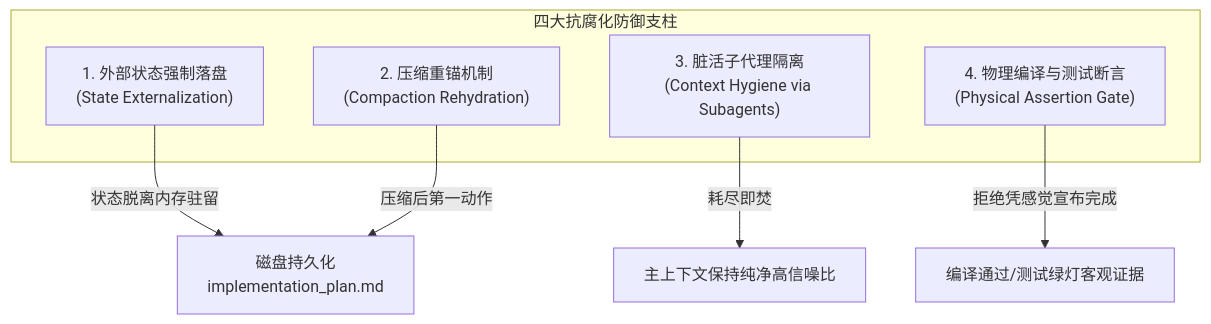
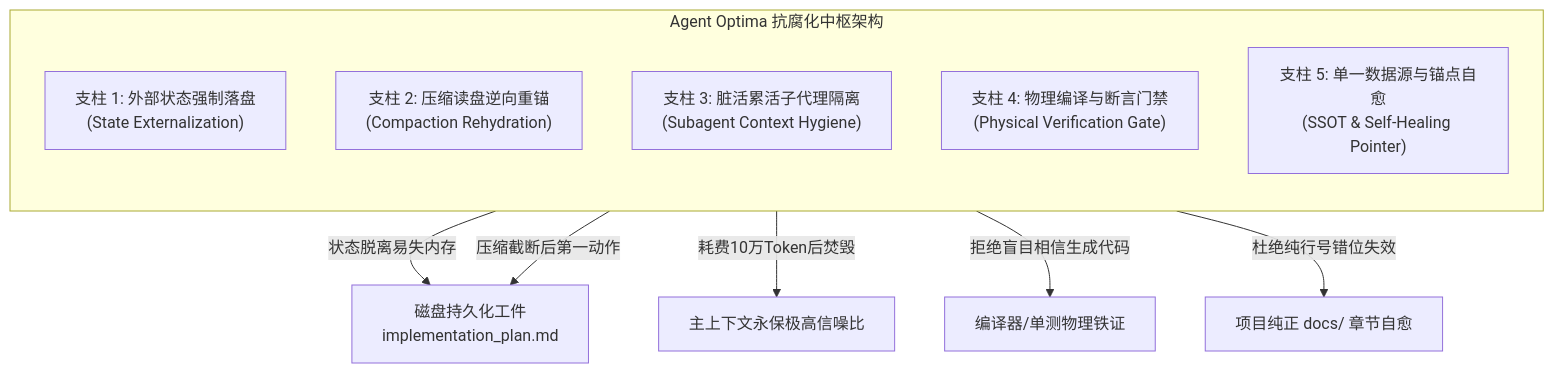
One commit to Garfield247/agent-optima changed the diagram in 01-context-architecture-and-anti-rot.md. Above: the diagram before and after it, drawn with Mermaid. The commit also changed other lines of this file and 2 other files, not shown here.

````diff
--- a/01-context-architecture-and-anti-rot.md
+++ b/01-context-architecture-and-anti-rot.md
@@ -37,14 +61,18 @@
 ```mermaid
 flowchart TD
-    subgraph Defense [四大抗腐化防御支柱]
-        P1["1. 外部状态强制落盘<br/>(State Externalization)"]
-        P2["2. 压缩重锚机制<br/>(Compaction Rehydration)"]
-        P3["3. 脏活子代理隔离<br/>(Context Hygiene via Subagents)"]
-        P4["4. 物理编译与测试断言<br/>(Physical Assertion Gate)"]
+    subgraph CoreEngine [Agent Optima 抗腐化中枢架构]
+        direction TB
+        
+        P1["支柱 1: 外部状态强制落盘<br/>(State Externalization)"]
+        P2["支柱 2: 压缩读盘逆向重锚<br/>(Compaction Rehydration)"]
+        P3["支柱 3: 脏活累活子代理隔离<br/>(Subagent Context Hygiene)"]
+        P4["支柱 4: 物理编译与断言门禁<br/>(Physical Verification Gate)"]
+        P5["支柱 5: 单一数据源与锚点自愈<br/>(SSOT & Self-Healing Pointer)"]
     end
-    
-    P1 -->|状态脱离内存驻留| Disk["磁盘持久化<br/>implementation_plan.md"]
-    P2 -->|压缩后第一动作| Disk
-    P3 -->|耗尽即焚| Clean["主上下文保持纯净高信噪比"]
-    P4 -->|拒绝凭感觉宣布完成| Evidence["编译通过/测试绿灯客观证据"]
+
+    P1 -->|状态脱离易失内存| Disk["磁盘持久化工件<br/>implementation_plan.md"]
+    P2 -->|压缩截断后第一动作| Disk
+    P3 -->|耗费10万Token后焚毁| MainContext["主上下文永保极高信噪比"]
+    P4 -->|拒绝盲目相信生成代码| Compiler["编译器/单测物理铁证"]
+    P5 -->|杜绝纯行号错位失效| Docs["项目纯正 docs/ 章节自愈"]
 ```
````
